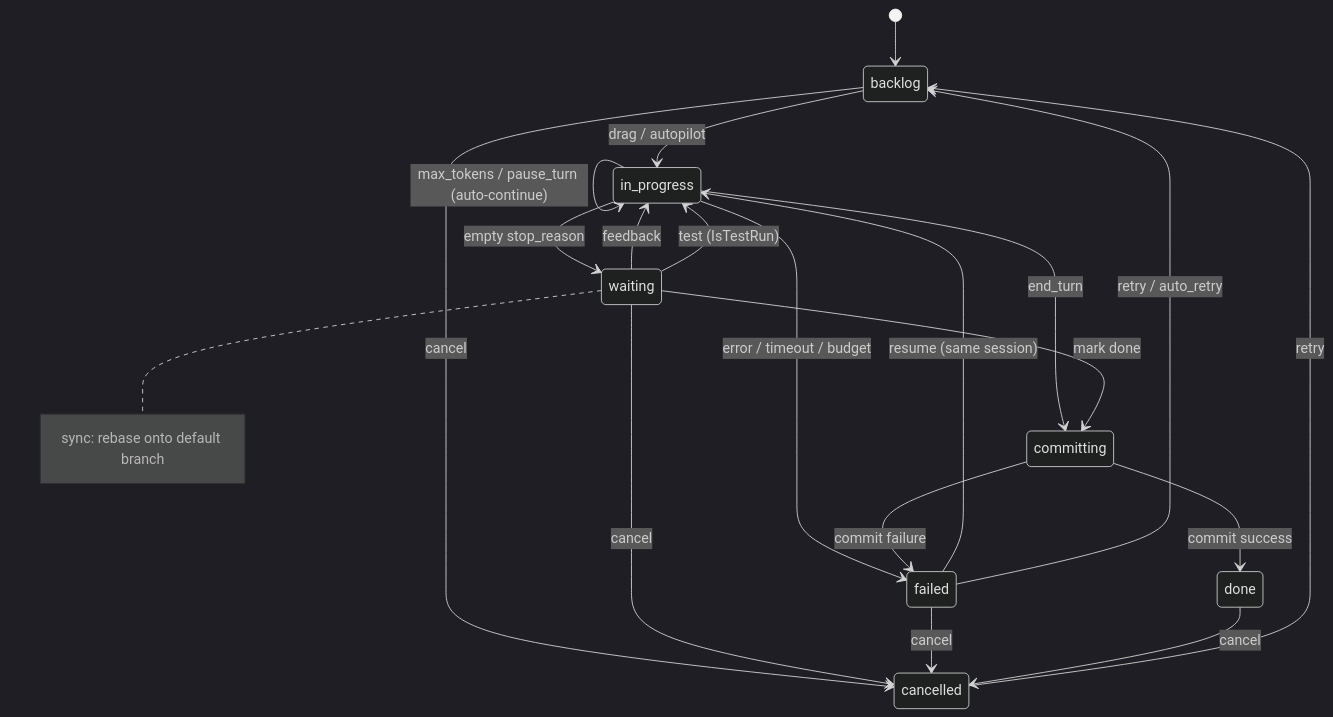
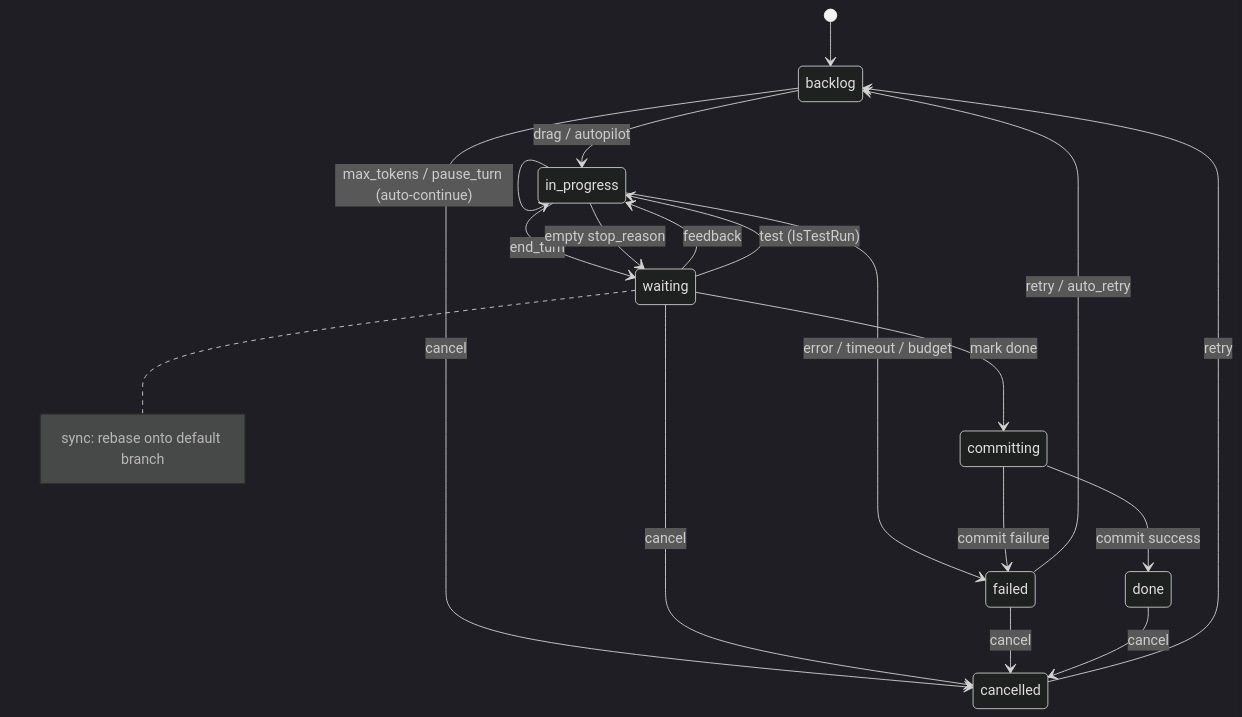
The second of 4 diagrams in docs/internals/architecture.md (changkun/wallfacer), drawn with Mermaid (dark theme) before and after one commit. The commit also changed other lines of this file and 6 other files, not shown here.

````diff
--- a/docs/internals/architecture.md
+++ b/docs/internals/architecture.md
@@ -49,31 +49,30 @@
 ```mermaid
 stateDiagram-v2
     [*] --> backlog
 
     backlog --> in_progress : drag / autopilot
     backlog --> cancelled : cancel
 
     in_progress --> in_progress : max_tokens / pause_turn (auto-continue)
-    in_progress --> committing : end_turn
+    in_progress --> waiting : end_turn
     in_progress --> waiting : empty stop_reason
     in_progress --> failed : error / timeout / budget
 
     committing --> done : commit success
     committing --> failed : commit failure
 
     waiting --> in_progress : feedback
     waiting --> in_progress : test (IsTestRun)
     waiting --> committing : mark done
     waiting --> cancelled : cancel
 
-    failed --> in_progress : resume (same session)
     failed --> backlog : retry / auto_retry
     failed --> cancelled : cancel
 
     done --> cancelled : cancel
     cancelled --> backlog : retry
 
     note right of waiting
         sync: rebase onto default branch
     end note
 ```
````
